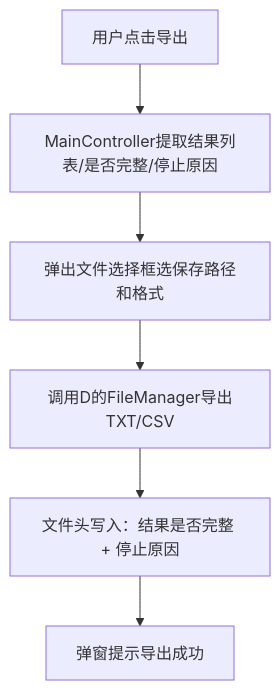
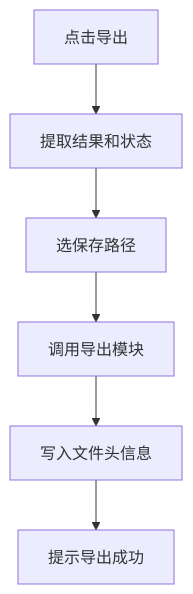
Before and after one commit to yyj138/topological-sort: the fourth of 4 diagrams in docs/B/详细设计-GUI与控制模块.md, drawn with Mermaid. The commit also changed other lines of this file, not shown here.

Commit message:
【B】缩短mermaid图内文字，避免显示不全

````diff
--- a/docs/B/详细设计-GUI与控制模块.md
+++ b/docs/B/详细设计-GUI与控制模块.md
@@ -86,8 +86,8 @@
 ```mermaid
 flowchart TD
-    A[用户点击导出] --> B[MainController提取结果列表/是否完整/停止原因]
-    B --> C[弹出文件选择框选保存路径和格式]
-    C --> D[调用D的FileManager导出TXT/CSV]
-    D --> E[文件头写入：结果是否完整 + 停止原因]
-    E --> F[弹窗提示导出成功]
+    A[点击导出] --> B[提取结果和状态]
+    B --> C[选保存路径]
+    C --> D[调用导出模块]
+    D --> E[写入文件头信息]
+    E --> F[提示导出成功]
 ```
````
